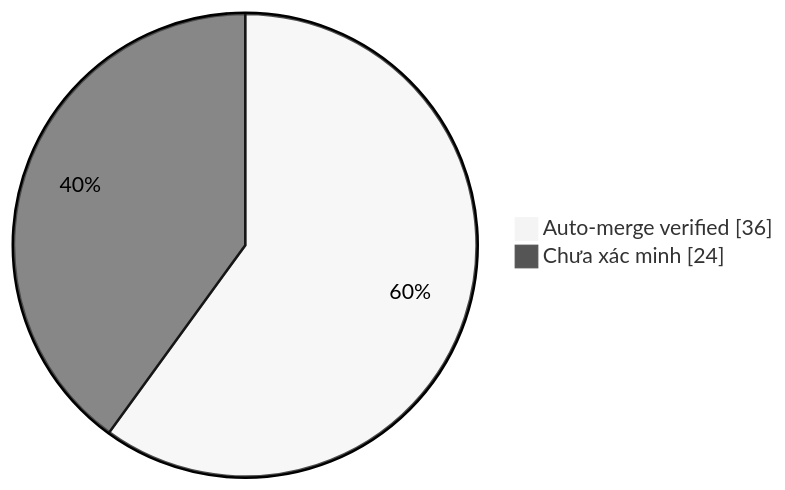
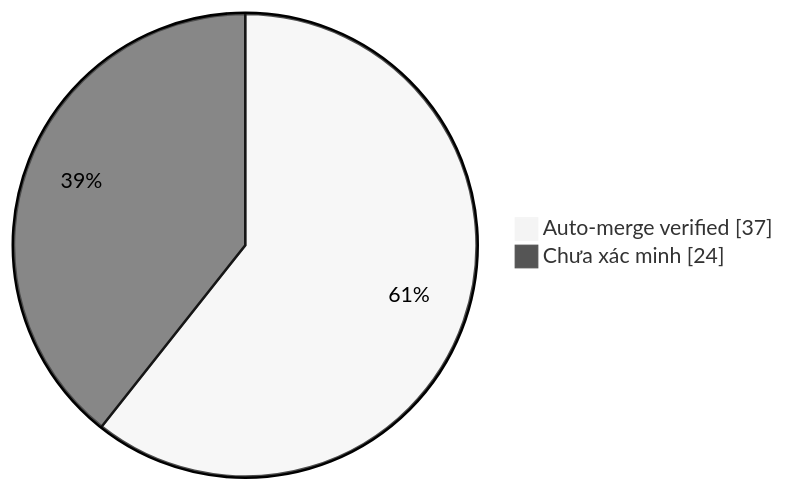
Before and after one commit to duykhang68/tetdinhmuiblog: the diagram in collector.md, drawn with Mermaid (neutral theme). The commit also changed other lines of this file and 1 other file, not shown here.

Commit message:
docs(collector): update auto-merge evidence dashboard

````diff
--- a/collector.md
+++ b/collector.md
@@ -22,5 +22,5 @@
 ```mermaid
 pie showData
-    "Auto-merge verified" : 36
+    "Auto-merge verified" : 37
     "Chưa xác minh" : 24
 ```
````
